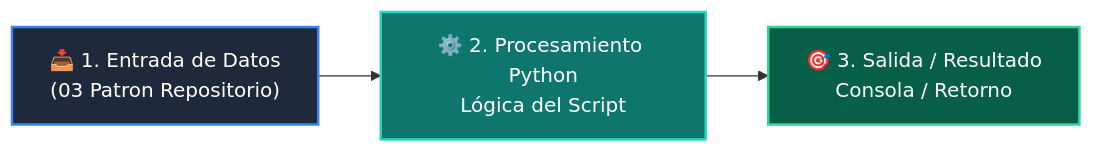
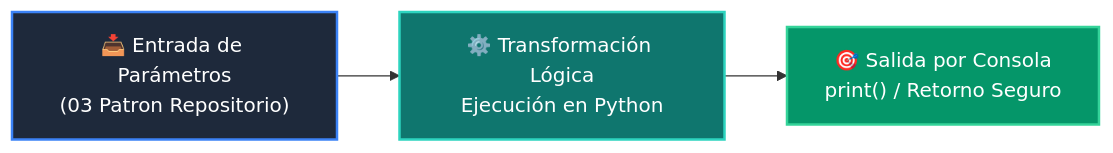
One commit to wisrovi/wisrovi-python changed the diagram in 04-proyecto-final/clase-01-arquitectura-y-planificacion/ejemplos/ejemplo_03_patron_repositorio/README.md. Above: the diagram before and after it, drawn with Mermaid. The commit also changed other lines of this file and 226 other files, not shown here.

Commit message:
docs: elevate all repository READMEs to world-class mastery standard with rich pedagogical architecture, custom Mermaids, and professional styling

````diff
--- a/04-proyecto-final/clase-01-arquitectura-y-planificacion/ejemplos/ejemplo_03_patron_repositorio/README.md
+++ b/04-proyecto-final/clase-01-arquitectura-y-planificacion/ejemplos/ejemplo_03_patron_repositorio/README.md
@@ -12,9 +19,9 @@
 ```mermaid
 flowchart LR
-    A["📥 1. Entrada de Datos<br/>(03 Patron Repositorio)"] --> B["⚙️ 2. Procesamiento Python<br/>Lógica del Script"]
-    B --> C["🎯 3. Salida / Resultado<br/>Consola / Retorno"]
+    A["📥 Entrada de Parámetros<br/>(03 Patron Repositorio)"] --> B["⚙️ Transformación Lógica<br/>Ejecución en Python"]
+    B --> C["🎯 Salida por Consola<br/>print() / Retorno Seguro"]
 
-    style A fill:#1e293b,color:#fff,stroke:#3b82f6,stroke-width:2px
-    style B fill:#0f766e,color:#fff,stroke:#2dd4bf,stroke-width:2px
-    style C fill:#065f46,color:#fff,stroke:#34d399,stroke-width:2px
+    style A fill:#1e293b,color:#ffffff,stroke:#3b82f6,stroke-width:2px
+    style B fill:#0f766e,color:#ffffff,stroke:#2dd4bf,stroke-width:2px
+    style C fill:#059669,color:#ffffff,stroke:#34d399,stroke-width:2px
 ```
````
